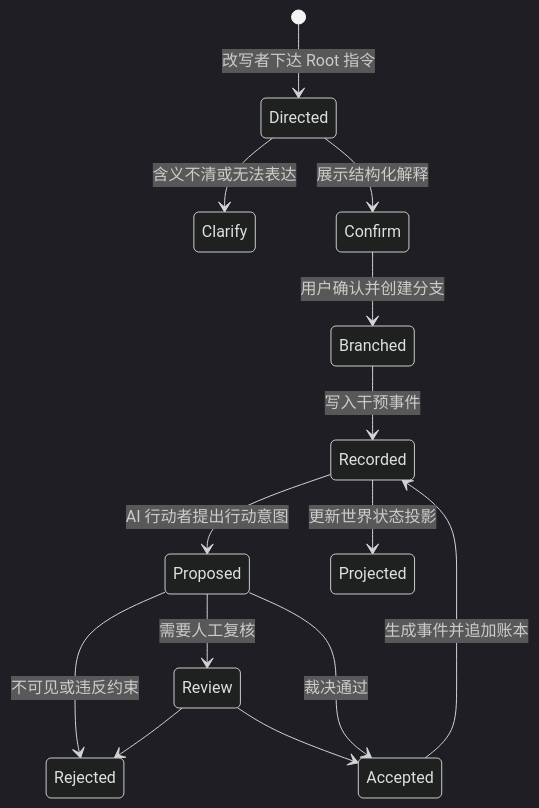
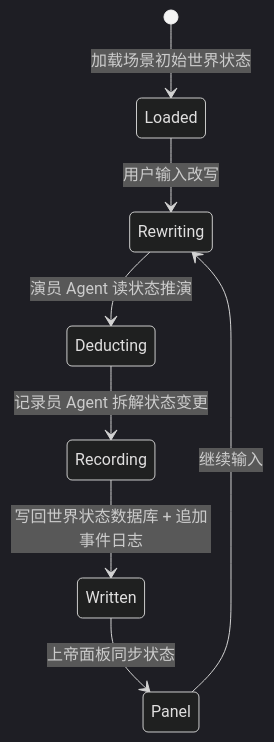
The diagram in docs/world-model.md (daum110715/sandtable), drawn with Mermaid (dark theme) before and after one commit. The commit also changed other lines of this file and 24 other files, not shown here.

````diff
--- a/docs/world-model.md
+++ b/docs/world-model.md
@@ -57,16 +33,10 @@
 ```mermaid
 stateDiagram-v2
-    [*] --> Directed: 改写者下达 Root 指令
-    Directed --> Clarify: 含义不清或无法表达
-    Directed --> Confirm: 展示结构化解释
-    Confirm --> Branched: 用户确认并创建分支
-    Branched --> Recorded: 写入干预事件
-    Recorded --> Proposed: AI 行动者提出行动意图
-    Proposed --> Rejected: 不可见或违反约束
-    Proposed --> Review: 需要人工复核
-    Review --> Rejected
-    Review --> Accepted
-    Proposed --> Accepted: 裁决通过
-    Accepted --> Recorded: 生成事件并追加账本
-    Recorded --> Projected: 更新世界状态投影
+    [*] --> Loaded: 加载场景初始世界状态
+    Loaded --> Rewriting: 用户输入改写
+    Rewriting --> Deducting: 演员 Agent 读状态推演
+    Deducting --> Recording: 记录员 Agent 拆解状态变更
+    Recording --> Written: 写回世界状态数据库 + 追加事件日志
+    Written --> Panel: 上帝面板同步状态
+    Panel --> Rewriting: 继续输入
 ```
````
